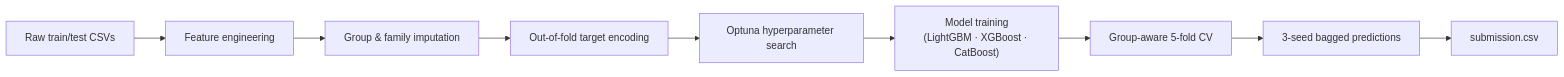
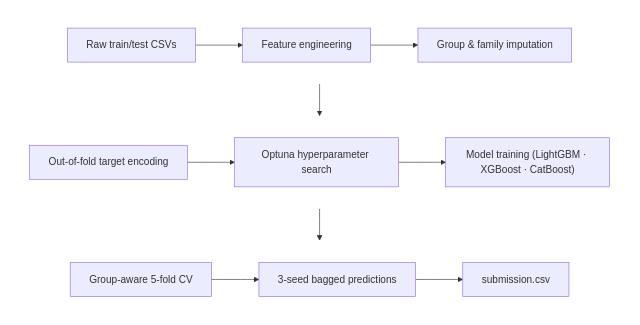
One commit to codex83/spaceship-titanic changed the diagram in README.md. Above: the diagram before and after it, drawn with Mermaid.

Commit message:
Rearrange pipeline diagram into a 3x3 grid for readability

````diff
--- a/README.md
+++ b/README.md
@@ -28,11 +28,22 @@
 ```mermaid
-flowchart LR
-    A[Raw train/test CSVs] --> B[Feature engineering]
-    B --> C[Group & family imputation]
-    C --> D[Out-of-fold target encoding]
-    D --> E[Optuna hyperparameter search]
-    E --> F["Model training\n(LightGBM · XGBoost · CatBoost)"]
-    F --> G[Group-aware 5-fold CV]
-    G --> H[3-seed bagged predictions]
-    H --> I[submission.csv]
+flowchart TD
+    subgraph row1[" "]
+        direction LR
+        A[Raw train/test CSVs] --> B[Feature engineering] --> C[Group & family imputation]
+    end
+    subgraph row2[" "]
+        direction LR
+        D[Out-of-fold target encoding] --> E[Optuna hyperparameter search] --> F["Model training (LightGBM · XGBoost · CatBoost)"]
+    end
+    subgraph row3[" "]
+        direction LR
+        G[Group-aware 5-fold CV] --> H[3-seed bagged predictions] --> I[submission.csv]
+    end
+
+    C --> D
+    F --> G
+
+    style row1 fill:transparent,stroke:transparent
+    style row2 fill:transparent,stroke:transparent
+    style row3 fill:transparent,stroke:transparent
 ```
````
